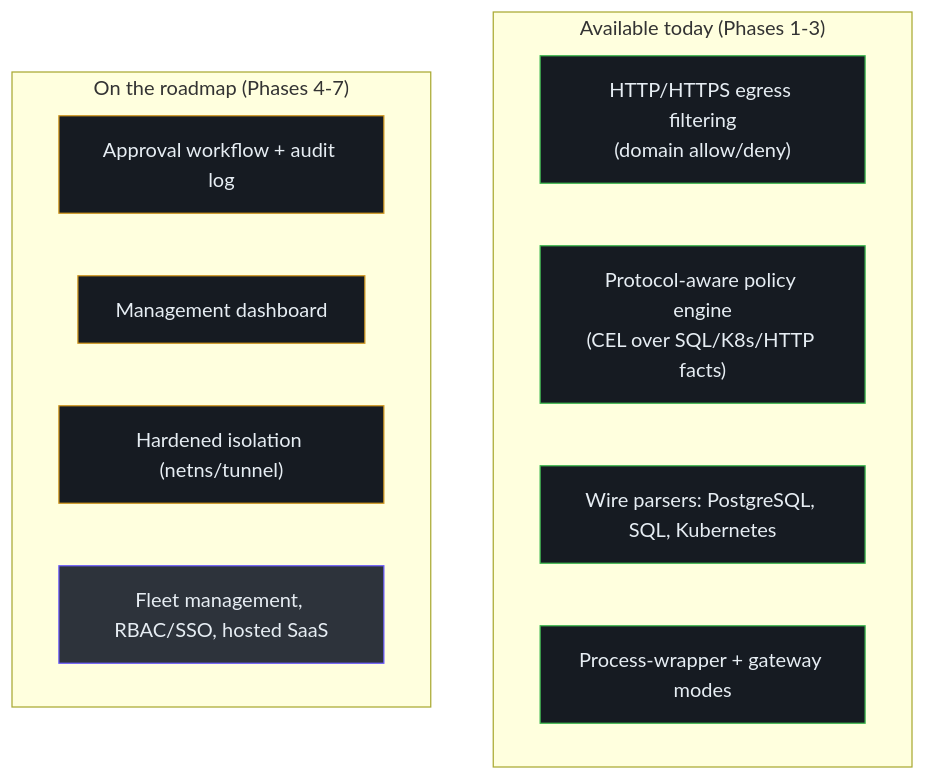
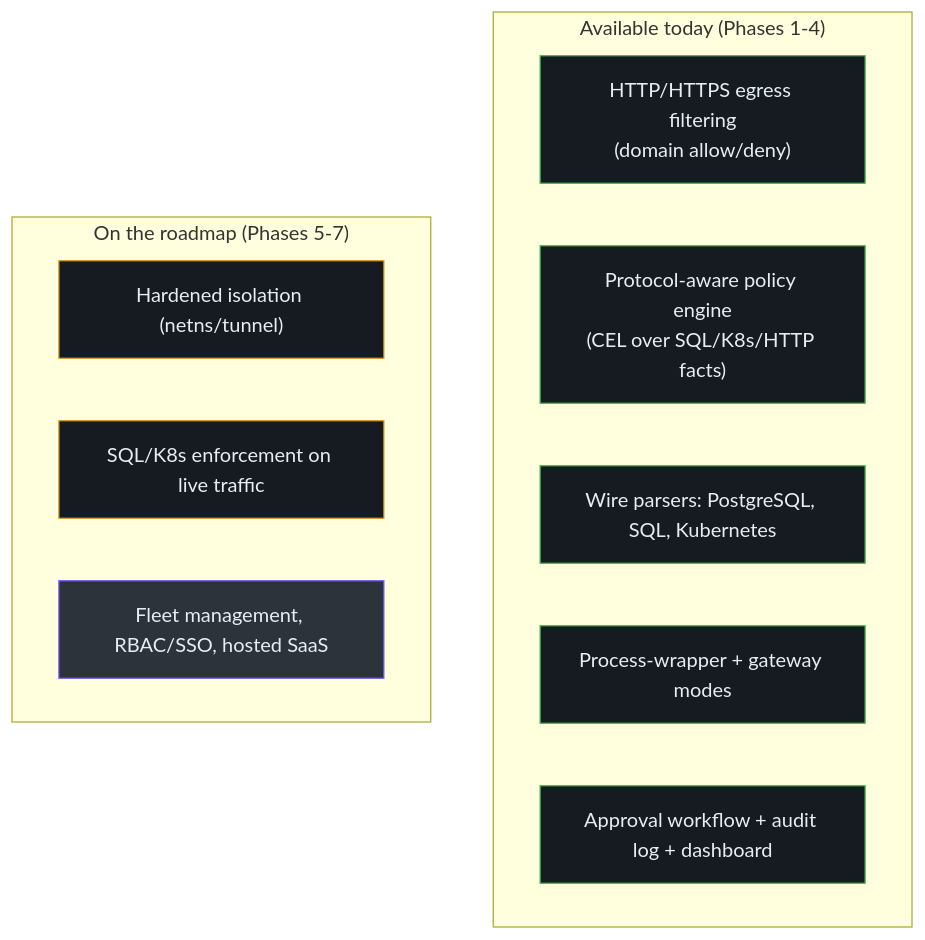
The first of 3 diagrams in wiki/onboarding/executive-guide.md (pleaseai/honmoon), drawn with Mermaid before and after one commit. The commit also changed other lines of this file and 19 other files, not shown here.

Commit message:
docs(wiki): refresh for Phase 4 (pause approval, audit log, dashboard, honmoon-mgmt)

````diff
--- a/wiki/onboarding/executive-guide.md
+++ b/wiki/onboarding/executive-guide.md
@@ -32,23 +32,23 @@
 ```mermaid
 flowchart TB
-  subgraph live["Available today (Phases 1-3)"]
+  subgraph live["Available today (Phases 1-4)"]
     a["HTTP/HTTPS egress filtering<br>(domain allow/deny)"]
     b["Protocol-aware policy engine<br>(CEL over SQL/K8s/HTTP facts)"]
     c["Wire parsers: PostgreSQL, SQL, Kubernetes"]
     d["Process-wrapper + gateway modes"]
+    e["Approval workflow + audit log + dashboard"]
   end
-  subgraph planned["On the roadmap (Phases 4-7)"]
-    e["Approval workflow + audit log"]
-    f["Management dashboard"]
+  subgraph planned["On the roadmap (Phases 5-7)"]
     g["Hardened isolation (netns/tunnel)"]
+    i["SQL/K8s enforcement on live traffic"]
     h["Fleet management, RBAC/SSO, hosted SaaS"]
   end
   style a fill:#161b22,stroke:#3fb950,color:#e6edf3
   style b fill:#161b22,stroke:#3fb950,color:#e6edf3
   style c fill:#161b22,stroke:#3fb950,color:#e6edf3
   style d fill:#161b22,stroke:#3fb950,color:#e6edf3
-  style e fill:#161b22,stroke:#d29922,color:#e6edf3
-  style f fill:#161b22,stroke:#d29922,color:#e6edf3
+  style e fill:#161b22,stroke:#3fb950,color:#e6edf3
   style g fill:#161b22,stroke:#d29922,color:#e6edf3
+  style i fill:#161b22,stroke:#d29922,color:#e6edf3
   style h fill:#2d333b,stroke:#6d5dfc,color:#e6edf3
 ```
````
